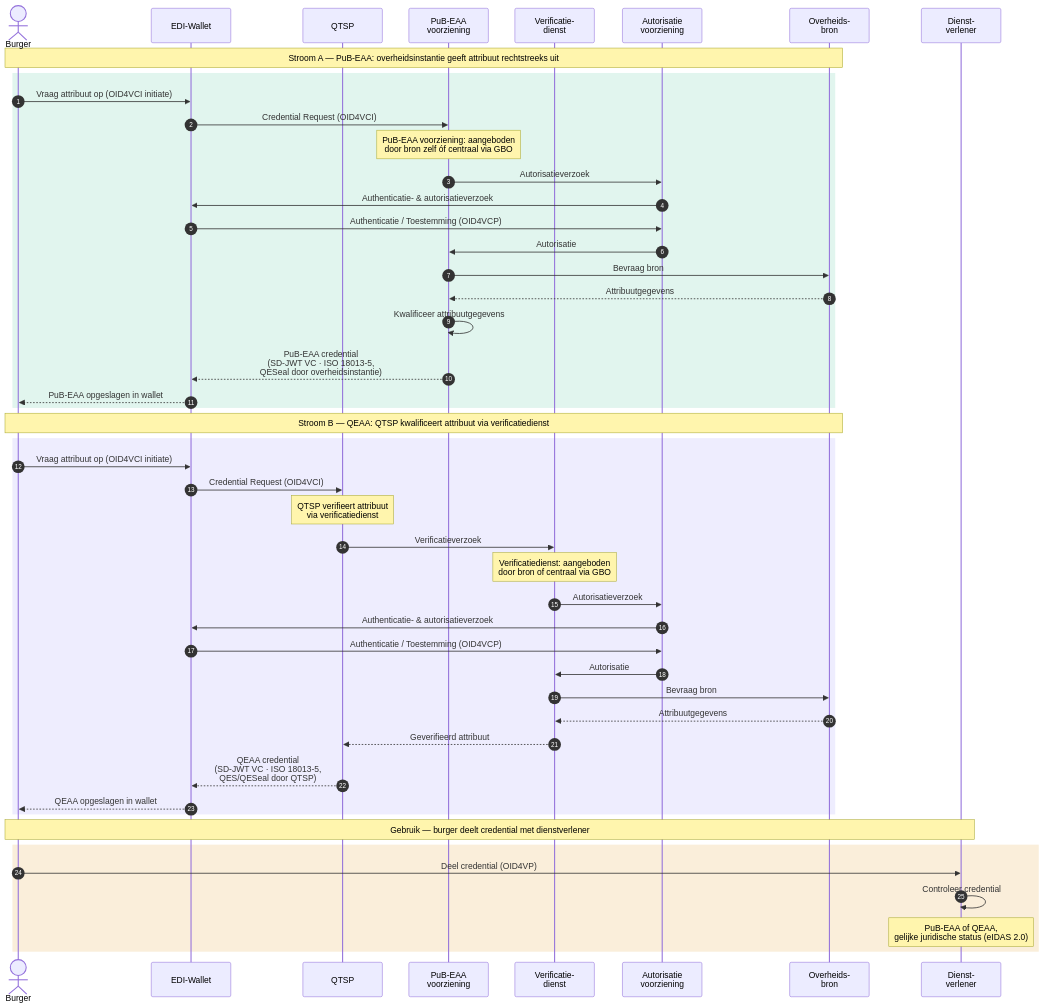
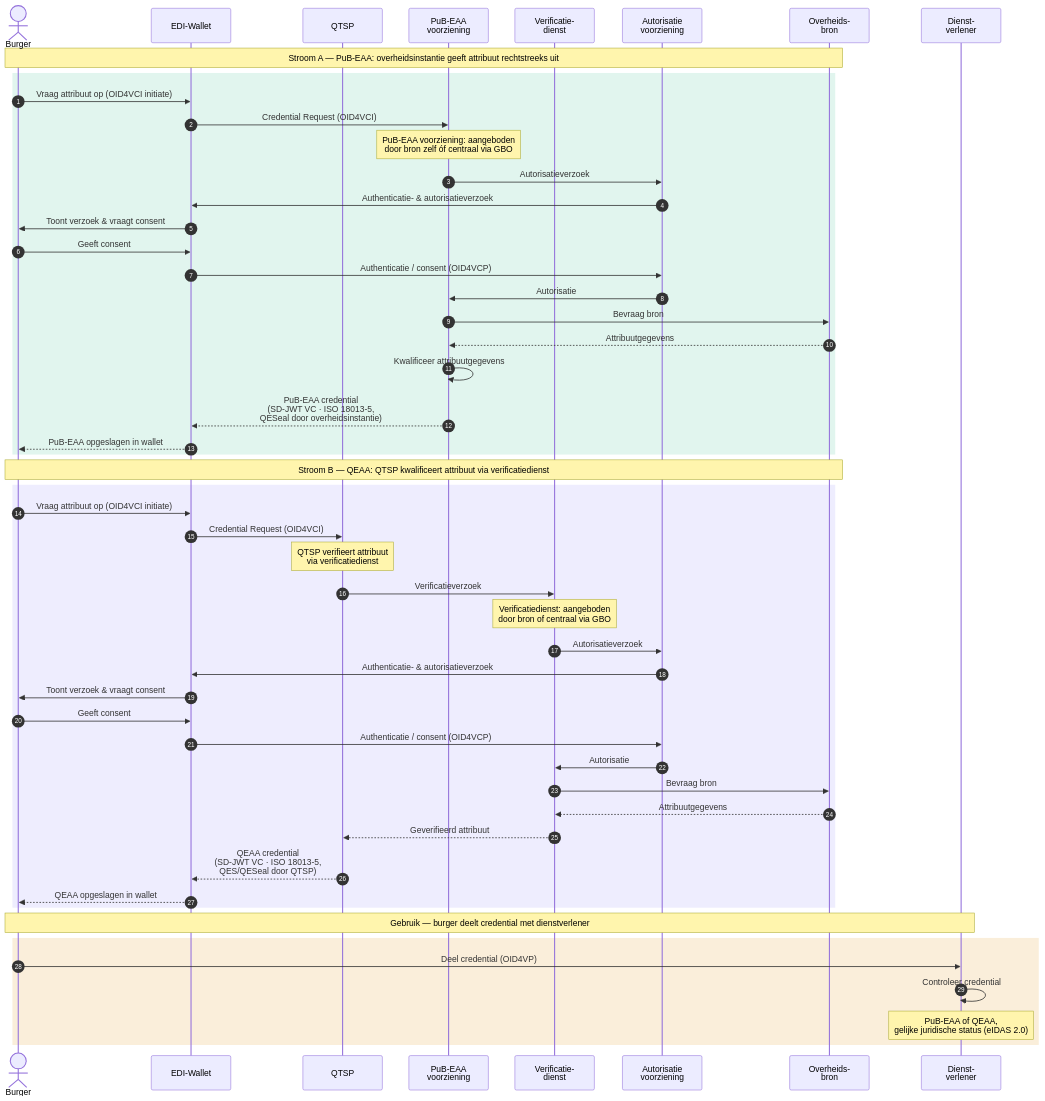
The diagram in docs/diagrammen/interactiepatroon-EDI-Wallet.mmd (ICTU/GBO), drawn with Mermaid before and after one commit. The commit also changed 1 other file, not shown here.

Commit message:
Autorisatiedienst interactiepatroon EDI-Wallet

````diff
--- a/docs/diagrammen/interactiepatroon-EDI-Wallet.mmd
+++ b/docs/diagrammen/interactiepatroon-EDI-Wallet.mmd
@@ -1,58 +1,62 @@
 ``` mermaid
 
 sequenceDiagram
     autonumber
     actor Burger
     participant Wallet as EDI-Wallet
     participant QTSP as QTSP
     participant PubEAA as PuB-EAA<br/>voorziening
     participant VerifDienst as Verificatie-<br/>dienst
     participant Auth as Autorisatie<br/>voorziening
     participant Bron as Overheids-<br/>bron
     participant DV as Dienst-<br/>verlener
 
     Note over Burger,Bron: Stroom A — PuB-EAA: overheidsinstantie geeft attribuut rechtstreeks uit
 
     rect rgb(225, 245, 238)
         Burger->>Wallet: Vraag attribuut op (OID4VCI initiate)
         Wallet->>PubEAA: Credential Request (OID4VCI)
         Note over PubEAA: PuB-EAA voorziening: aangeboden<br/>door bron zelf óf centraal via GBO
         PubEAA->>Auth: Autorisatieverzoek
         Auth->>Wallet: Authenticatie- & autorisatieverzoek
-        Wallet->>Auth: Authenticatie / Toestemming (OID4VCP)
+        Wallet->>Burger: Toont verzoek & vraagt consent
+        Burger->>Wallet: Geeft consent
+        Wallet->>Auth: Authenticatie / consent (OID4VCP)
         Auth->>PubEAA: Autorisatie
         PubEAA->>Bron: Bevraag bron
         Bron-->>PubEAA: Attribuutgegevens
         PubEAA->>PubEAA: Kwalificeer attribuutgegevens
         PubEAA-->>Wallet: PuB-EAA credential<br/>(SD-JWT VC · ISO 18013-5,<br/>QESeal door overheidsinstantie)
         Wallet-->>Burger: PuB-EAA opgeslagen in wallet
     end
 
     Note over Burger,Bron: Stroom B — QEAA: QTSP kwalificeert attribuut via verificatiedienst
 
     rect rgb(238, 237, 254)
         Burger->>Wallet: Vraag attribuut op (OID4VCI initiate)
         Wallet->>QTSP: Credential Request (OID4VCI)
         Note over QTSP: QTSP verifieert attribuut<br/>via verificatiedienst
         QTSP->>VerifDienst: Verificatieverzoek
         Note over VerifDienst: Verificatiedienst: aangeboden<br/>door bron of centraal via GBO
         VerifDienst->>Auth: Autorisatieverzoek
         Auth->>Wallet: Authenticatie- & autorisatieverzoek
-        Wallet->>Auth: Authenticatie / Toestemming (OID4VCP)
+        Wallet->>Burger: Toont verzoek & vraagt consent
+        Burger->>Wallet: Geeft consent
+        Wallet->>Auth: Authenticatie / consent (OID4VCP)
         Auth->>VerifDienst: Autorisatie
         VerifDienst->>Bron: Bevraag bron
         Bron-->>VerifDienst: Attribuutgegevens
         VerifDienst-->>QTSP: Geverifieerd attribuut
         QTSP-->>Wallet: QEAA credential<br/>(SD-JWT VC · ISO 18013-5,<br/>QES/QESeal door QTSP)
         Wallet-->>Burger: QEAA opgeslagen in wallet
     end
 
     Note over Burger,DV: Gebruik — burger deelt credential met dienstverlener
 
     rect rgb(250, 238, 218)
         Burger->>DV: Deel credential (OID4VP)
         DV->>DV: Controleer credential
         Note over DV: PuB-EAA of QEAA,<br/>gelijke juridische status (eIDAS 2.0)
     end
 
 ```
````
